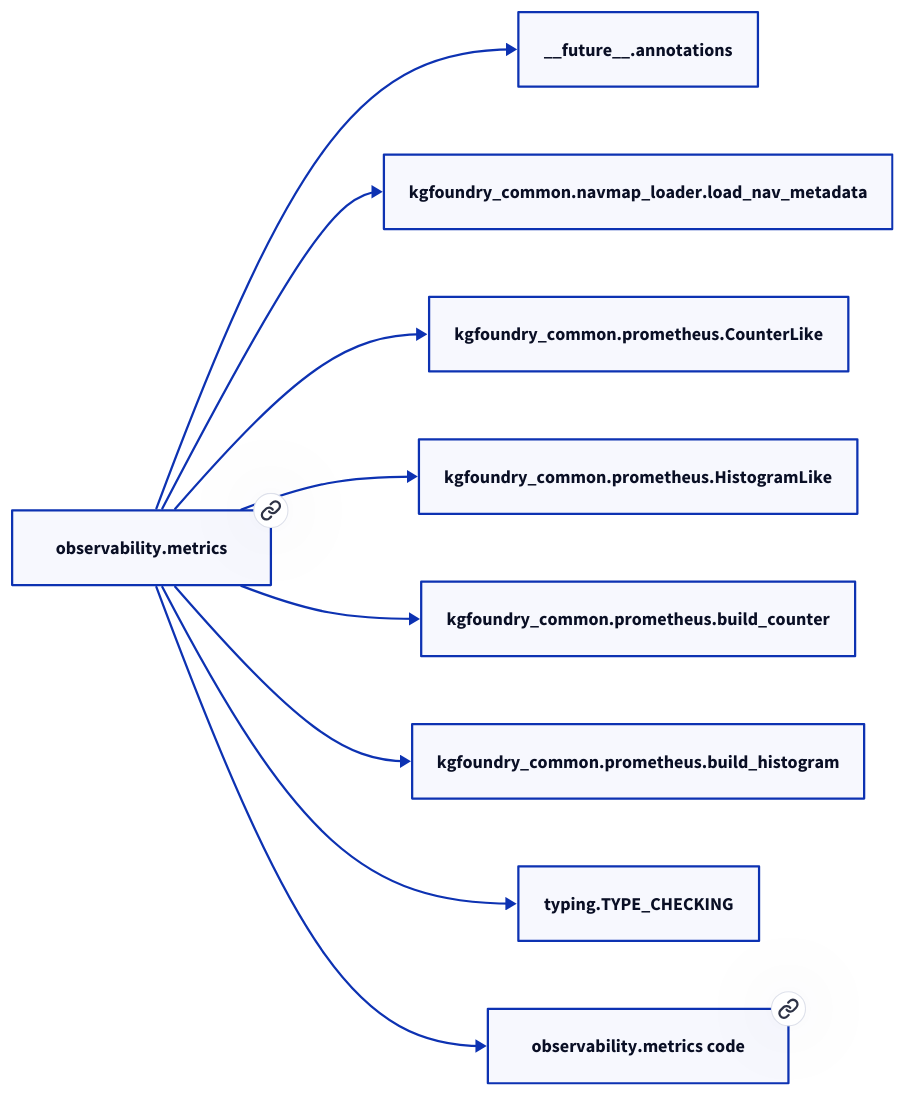
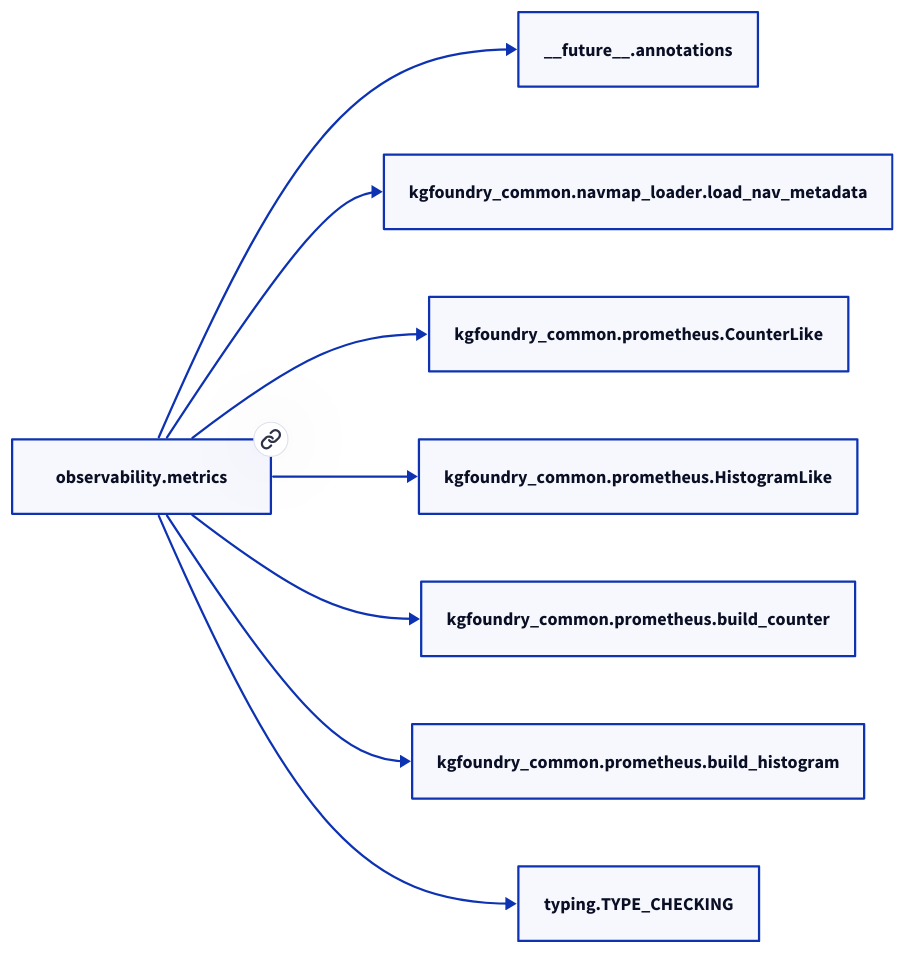
Before and after one commit to paul-heyse/kgforge: the diagram in docs/modules/observability/metrics.md, drawn with D2. The commit also changed other lines of this file and 118 other files, not shown here.

````diff
--- a/docs/modules/observability/metrics.md
+++ b/docs/modules/observability/metrics.md
@@ -17,20 +15,18 @@
 ```d2
 direction: right
-"observability.metrics": "observability.metrics" { link: "./observability/metrics.md" }
+"observability.metrics": "observability.metrics" { link: "metrics.md" }
 "__future__.annotations": "__future__.annotations"
 "observability.metrics" -> "__future__.annotations"
 "kgfoundry_common.navmap_loader.load_nav_metadata": "kgfoundry_common.navmap_loader.load_nav_metadata"
 "observability.metrics" -> "kgfoundry_common.navmap_loader.load_nav_metadata"
 "kgfoundry_common.prometheus.CounterLike": "kgfoundry_common.prometheus.CounterLike"
 "observability.metrics" -> "kgfoundry_common.prometheus.CounterLike"
 "kgfoundry_common.prometheus.HistogramLike": "kgfoundry_common.prometheus.HistogramLike"
 "observability.metrics" -> "kgfoundry_common.prometheus.HistogramLike"
 "kgfoundry_common.prometheus.build_counter": "kgfoundry_common.prometheus.build_counter"
 "observability.metrics" -> "kgfoundry_common.prometheus.build_counter"
 "kgfoundry_common.prometheus.build_histogram": "kgfoundry_common.prometheus.build_histogram"
 "observability.metrics" -> "kgfoundry_common.prometheus.build_histogram"
 "typing.TYPE_CHECKING": "typing.TYPE_CHECKING"
 "observability.metrics" -> "typing.TYPE_CHECKING"
-"observability.metrics_code": "observability.metrics code" { link: "https://github.com/kgfoundry/kgfoundry/blob/main/src/observability/metrics.py" }
-"observability.metrics" -> "observability.metrics_code" { style: dashed }
 ```
````
